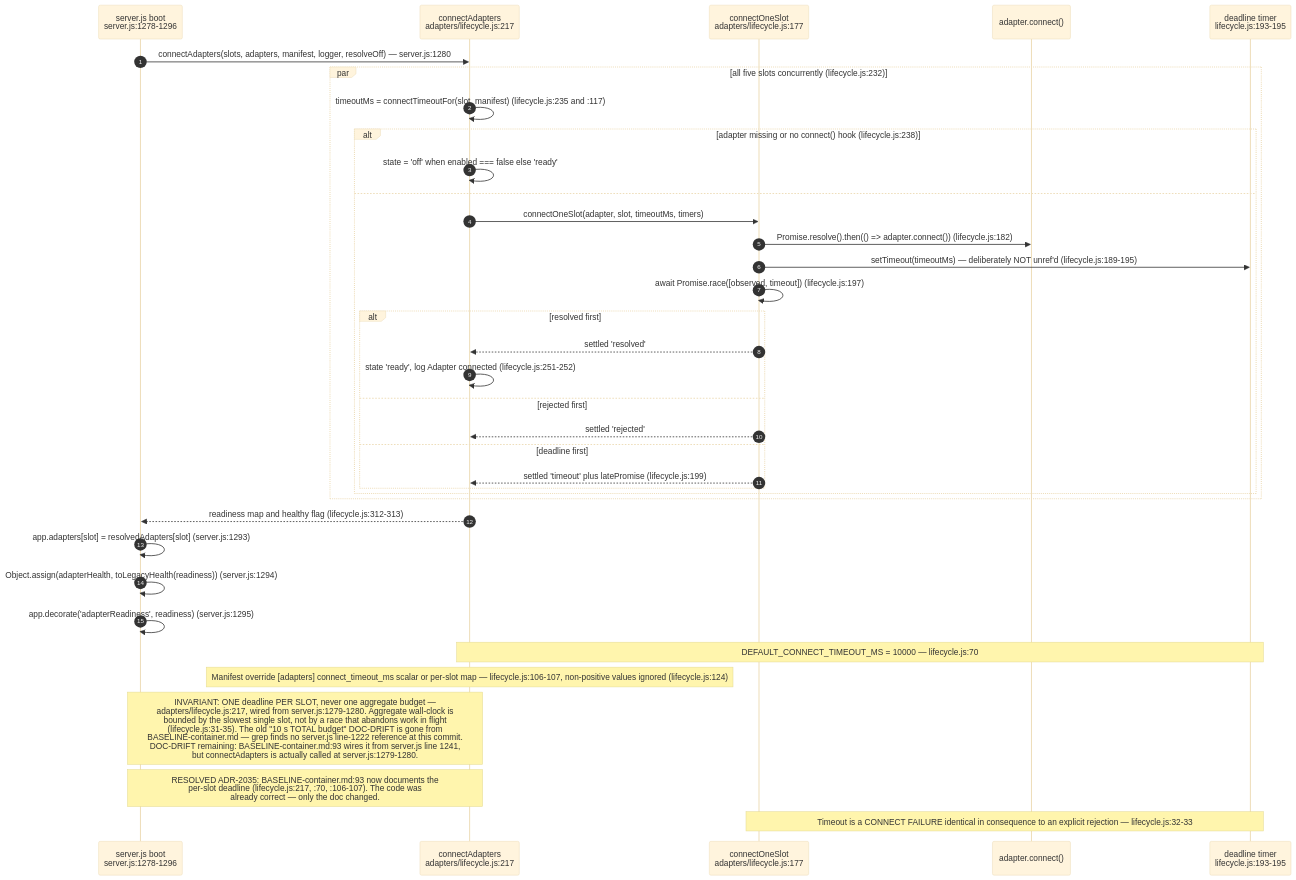
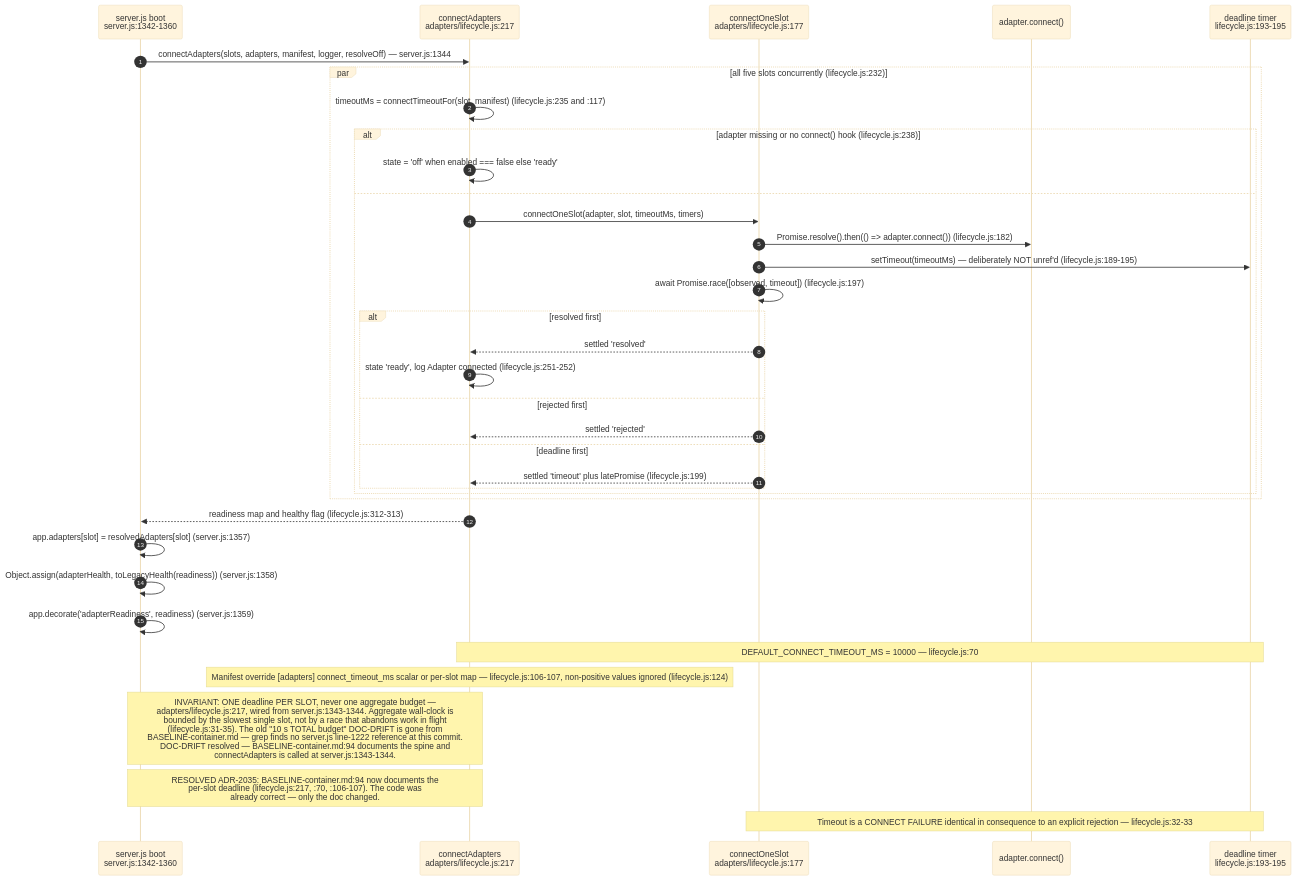
One commit to DreamLab-AI/VisionFlow changed the sixth of 15 diagrams in docs/diagrams/agentbox/04-adapter-spine.md. Above: the diagram before and after it, drawn with Mermaid (base theme). The commit also changed other lines of this file and 111 other files, not shown here.

Commit message:
docs(diagrams): align estate maps with current source

````diff
--- a/docs/diagrams/agentbox/04-adapter-spine.md
+++ b/docs/diagrams/agentbox/04-adapter-spine.md
@@ -257,39 +257,39 @@
 ```mermaid
 sequenceDiagram
     autonumber
-    participant SV as server.js boot<br/>server.js:1278-1296
+    participant SV as server.js boot<br/>server.js:1342-1360
     participant LC as connectAdapters<br/>adapters/lifecycle.js:217
     participant CO as connectOneSlot<br/>adapters/lifecycle.js:177
     participant AD as adapter.connect()
     participant T as deadline timer<br/>lifecycle.js:193-195
 
-    SV->>LC: connectAdapters(slots, adapters, manifest, logger, resolveOff) — server.js:1280
+    SV->>LC: connectAdapters(slots, adapters, manifest, logger, resolveOff) — server.js:1344
     par all five slots concurrently (lifecycle.js:232)
         LC->>LC: timeoutMs = connectTimeoutFor(slot, manifest) (lifecycle.js:235 and :117)
         alt adapter missing or no connect() hook (lifecycle.js:238)
             LC->>LC: state = 'off' when enabled === false else 'ready'
         else
             LC->>CO: connectOneSlot(adapter, slot, timeoutMs, timers)
             CO->>AD: Promise.resolve().then(() => adapter.connect()) (lifecycle.js:182)
             CO->>T: setTimeout(timeoutMs) — deliberately NOT unref'd (lifecycle.js:189-195)
             CO->>CO: await Promise.race([observed, timeout]) (lifecycle.js:197)
             alt resolved first
                 CO-->>LC: settled 'resolved'
                 LC->>LC: state 'ready', log Adapter connected (lifecycle.js:251-252)
             else rejected first
                 CO-->>LC: settled 'rejected'
             else deadline first
                 CO-->>LC: settled 'timeout' plus latePromise (lifecycle.js:199)
             end
         end
     end
     LC-->>SV: readiness map and healthy flag (lifecycle.js:312-313)
-    SV->>SV: app.adapters[slot] = resolvedAdapters[slot] (server.js:1293)
-    SV->>SV: Object.assign(adapterHealth, toLegacyHealth(readiness)) (server.js:1294)
-    SV->>SV: app.decorate('adapterReadiness', readiness) (server.js:1295)
+    SV->>SV: app.adapters[slot] = resolvedAdapters[slot] (server.js:1357)
+    SV->>SV: Object.assign(adapterHealth, toLegacyHealth(readiness)) (server.js:1358)
+    SV->>SV: app.decorate('adapterReadiness', readiness) (server.js:1359)
     Note over LC,T: DEFAULT_CONNECT_TIMEOUT_MS = 10000 — lifecycle.js:70
     Note over LC: Manifest override [adapters] connect_timeout_ms scalar or per-slot map — lifecycle.js:106-107, non-positive values ignored (lifecycle.js:124)
-    Note over SV,LC: INVARIANT: ONE deadline PER SLOT, never one aggregate budget —<br/>adapters/lifecycle.js:217, wired from server.js:1279-1280. Aggregate wall-clock is<br/>bounded by the slowest single slot, not by a race that abandons work in flight<br/>(lifecycle.js:31-35). The old "10 s TOTAL budget" DOC-DRIFT is gone from<br/>BASELINE-container.md — grep finds no server.js line-1222 reference at this commit.<br/>DOC-DRIFT remaining: BASELINE-container.md:93 wires it from server.js line 1241,<br/>but connectAdapters is actually called at server.js:1279-1280.
-    Note over SV,LC: RESOLVED ADR-2035: BASELINE-container.md:93 now documents the<br/>per-slot deadline (lifecycle.js:217, :70, :106-107). The code was<br/>already correct — only the doc changed.
+    Note over SV,LC: INVARIANT: ONE deadline PER SLOT, never one aggregate budget —<br/>adapters/lifecycle.js:217, wired from server.js:1343-1344. Aggregate wall-clock is<br/>bounded by the slowest single slot, not by a race that abandons work in flight<br/>(lifecycle.js:31-35). The old "10 s TOTAL budget" DOC-DRIFT is gone from<br/>BASELINE-container.md — grep finds no server.js line-1222 reference at this commit.<br/>DOC-DRIFT resolved — BASELINE-container.md:94 documents the spine and<br/>connectAdapters is called at server.js:1343-1344.
+    Note over SV,LC: RESOLVED ADR-2035: BASELINE-container.md:94 now documents the<br/>per-slot deadline (lifecycle.js:217, :70, :106-107). The code was<br/>already correct — only the doc changed.
     Note over CO,T: Timeout is a CONNECT FAILURE identical in consequence to an explicit rejection — lifecycle.js:32-33
 ```
````
